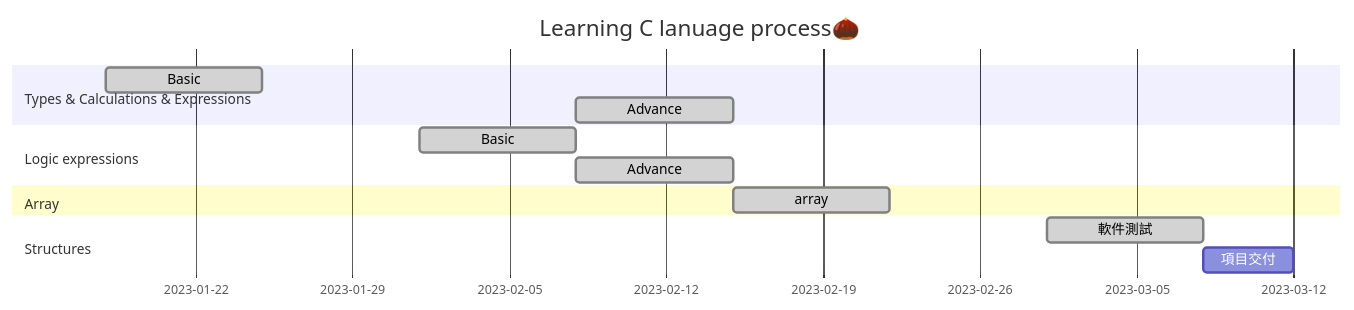
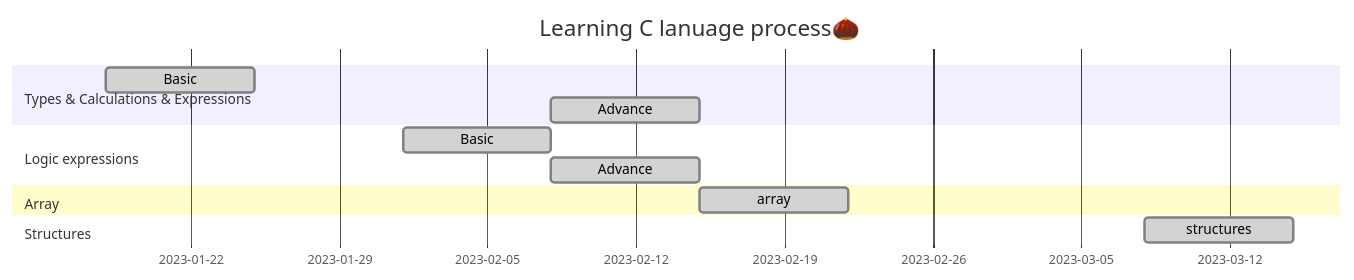
One commit to AimeeWen1992/Learning-C changed the diagram in README.md. Above: the diagram before and after it, drawn with Mermaid.

````diff
--- a/README.md
+++ b/README.md
@@ -30,18 +30,18 @@
 ```mermaid
 gantt
 title Learning C lanuage process🌰
 
 dateFormat MM-DD
 
 section Types & Calculations & Expressions
 Basic :done,des1,01-18,7d
 Advance :done,des2,after des1,7d
 section Logic expressions
 Basic :done,des1,02-01,7d
 Advance :done,des2,after des1,7d
 section Array
 array :done,02-15,7d
 section Structures
-軟件測試 :done,03-01,7d
-項目交付 :des7,after des6,4d
+structures :done,03-08,7d
+
 ```
````
